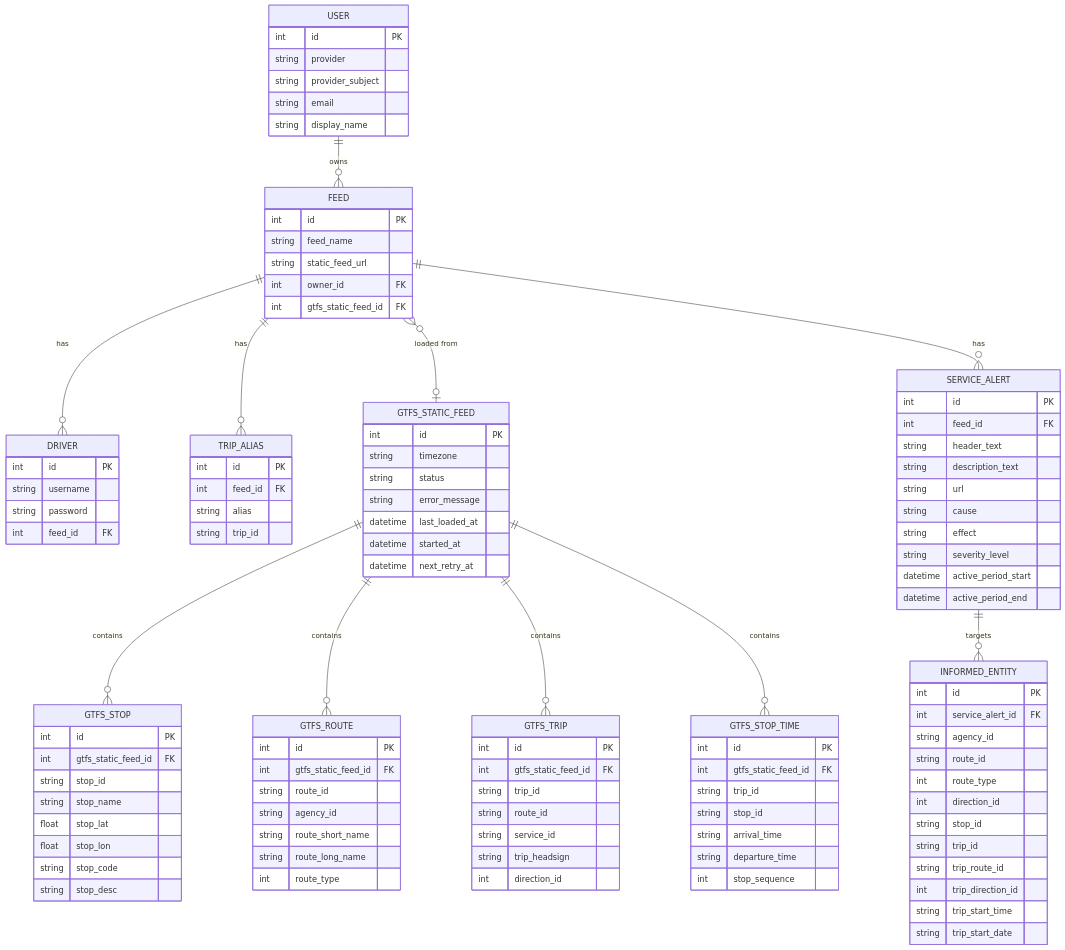
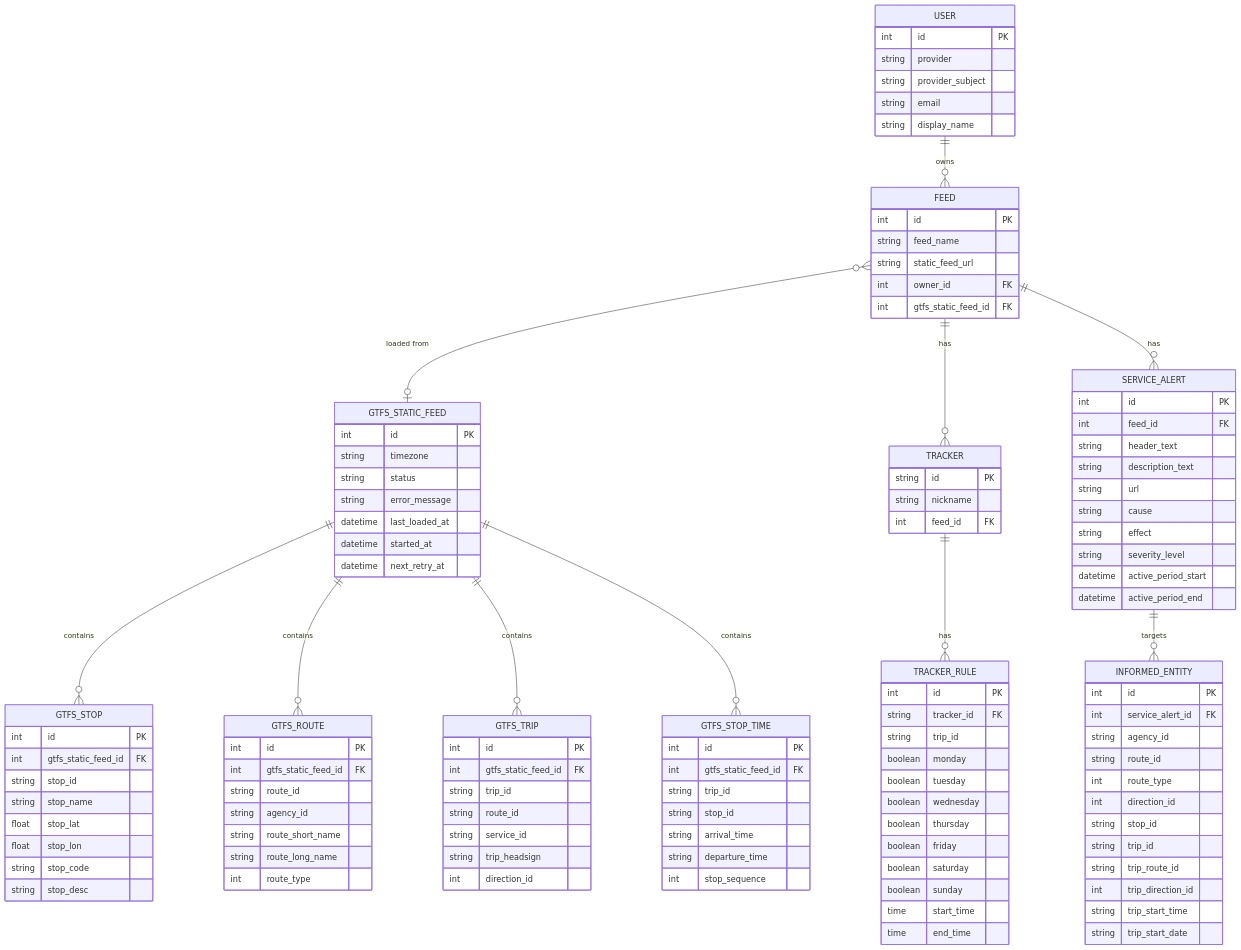
Before and after one commit to gtfs-zone/deploy-gtfs-rt: the fourth of 7 diagrams in README.md, drawn with Mermaid.

Commit message:
docs: update ERD - drop TripAlias, replace Driver with Tracker
Removes the retired TRIP_ALIAS entity and replaces the stale DRIVER table
(username/password) with the current TRACKER / TRACKER_RULE schema.

```diff
--- a/README.md
+++ b/README.md
@@ -180,17 +180,24 @@
         int owner_id FK
         int gtfs_static_feed_id FK
     }
-    DRIVER {
-        int id PK
-        string username
-        string password
+    TRACKER {
+        string id PK
+        string nickname
         int feed_id FK
     }
-    TRIP_ALIAS {
+    TRACKER_RULE {
         int id PK
-        int feed_id FK
-        string alias
+        string tracker_id FK
         string trip_id
+        boolean monday
+        boolean tuesday
+        boolean wednesday
+        boolean thursday
+        boolean friday
+        boolean saturday
+        boolean sunday
+        time start_time
+        time end_time
     }
     SERVICE_ALERT {
         int id PK
@@ -267,8 +274,8 @@
 
     USER ||--o{ FEED : owns
     FEED }o--o| GTFS_STATIC_FEED : "loaded from"
-    FEED ||--o{ DRIVER : has
-    FEED ||--o{ TRIP_ALIAS : has
+    FEED ||--o{ TRACKER : has
+    TRACKER ||--o{ TRACKER_RULE : has
     FEED ||--o{ SERVICE_ALERT : has
     SERVICE_ALERT ||--o{ INFORMED_ENTITY : targets
     GTFS_STATIC_FEED ||--o{ GTFS_STOP : contains
```
